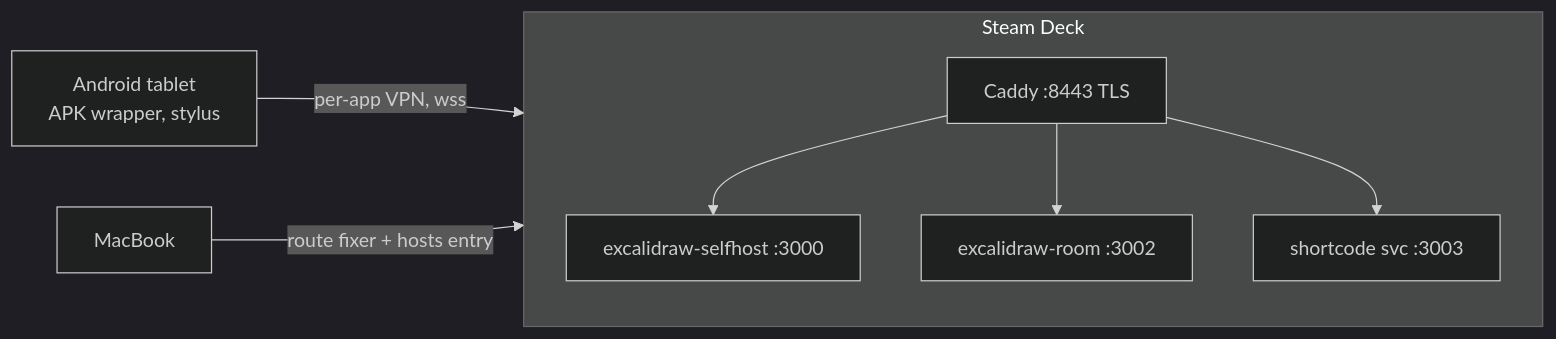
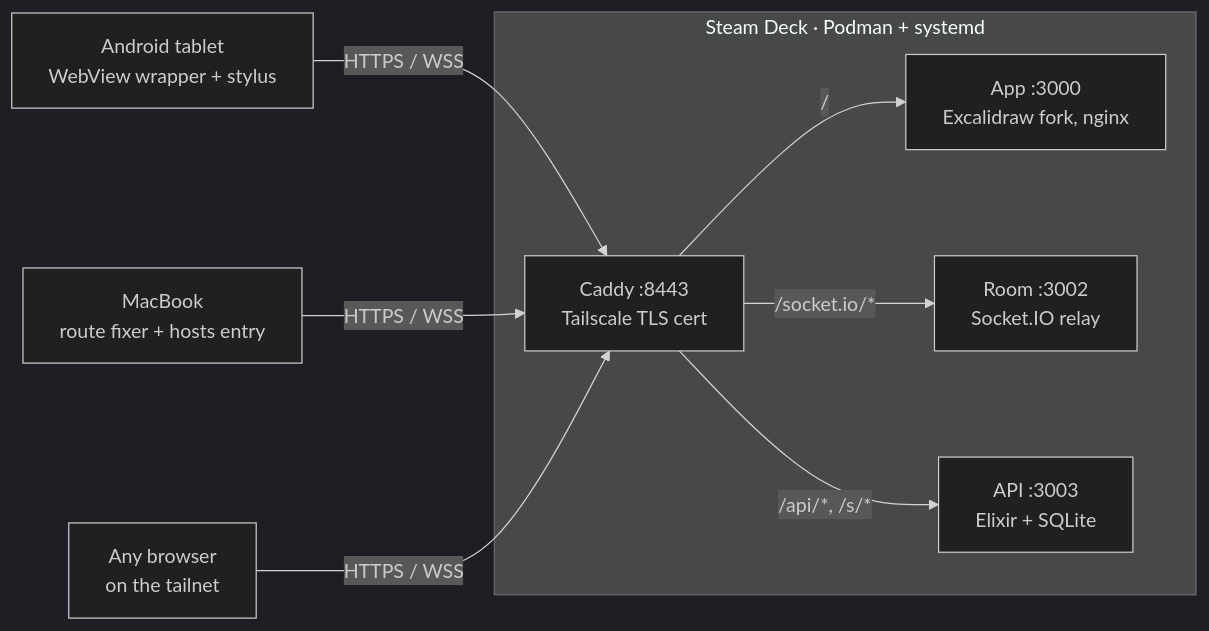
The diagram in README.md (knocking4thcylinder/excalidraw-selfhosted), drawn with Mermaid before and after one commit. The commit also changed other lines of this file and 2 other files, not shown here.

````diff
--- a/README.md
+++ b/README.md
@@ -11,13 +42,16 @@
 ```mermaid
 %%{init:{"theme":"dark"}}%%
 graph LR
-  T[Android tablet<br/>APK wrapper, stylus] -- "per-app VPN, wss" --> D((Steam Deck))
-  M[MacBook] -- "route fixer + hosts entry" --> D
-  subgraph D [Steam Deck]
-    C[Caddy :8443 TLS]
-    A[excalidraw-selfhost :3000]
-    R[excalidraw-room :3002]
-    S[shortcode svc :3003]
+  T["Android tablet<br/>WebView wrapper + stylus"] -- "HTTPS / WSS" --> C
+  M["MacBook<br/>route fixer + hosts entry"] -- "HTTPS / WSS" --> C
+  B["Any browser<br/>on the tailnet"] -- "HTTPS / WSS" --> C
+  subgraph Deck ["Steam Deck · Podman + systemd"]
+    C["Caddy :8443<br/>Tailscale TLS cert"]
+    A["App :3000<br/>Excalidraw fork, nginx"]
+    R["Room :3002<br/>Socket.IO relay"]
+    S["API :3003<br/>Elixir + SQLite"]
   end
-  C --> A; C --> R; C --> S
+  C -- "/" --> A
+  C -- "/socket.io/*" --> R
+  C -- "/api/*, /s/*" --> S
 ```
````
